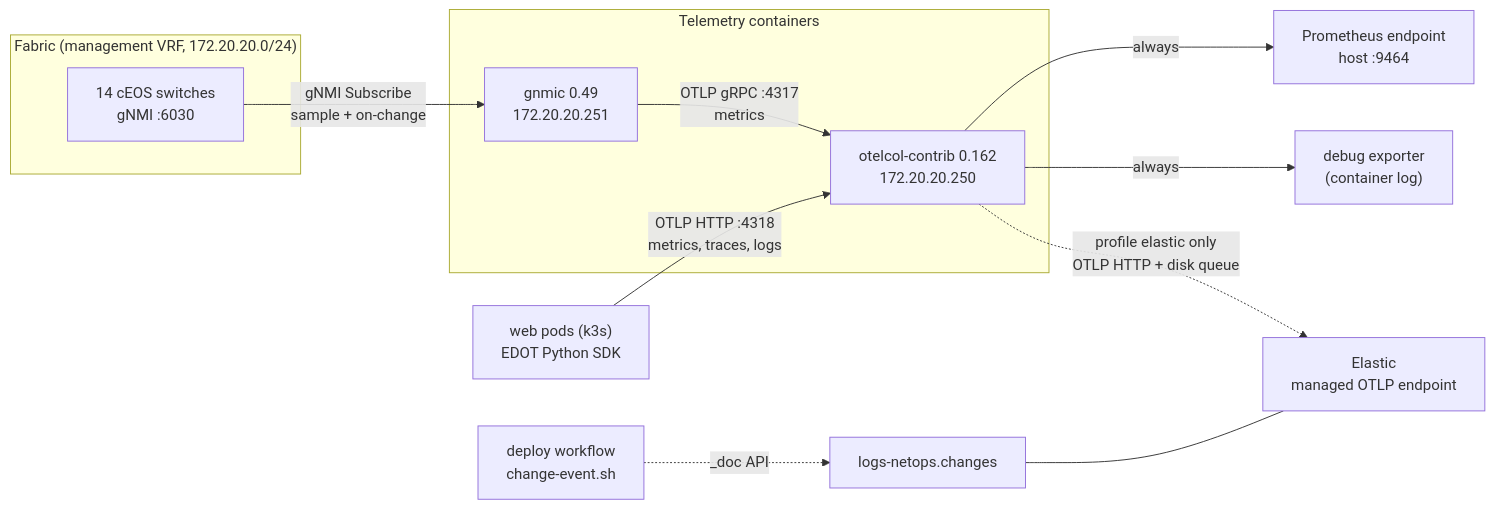
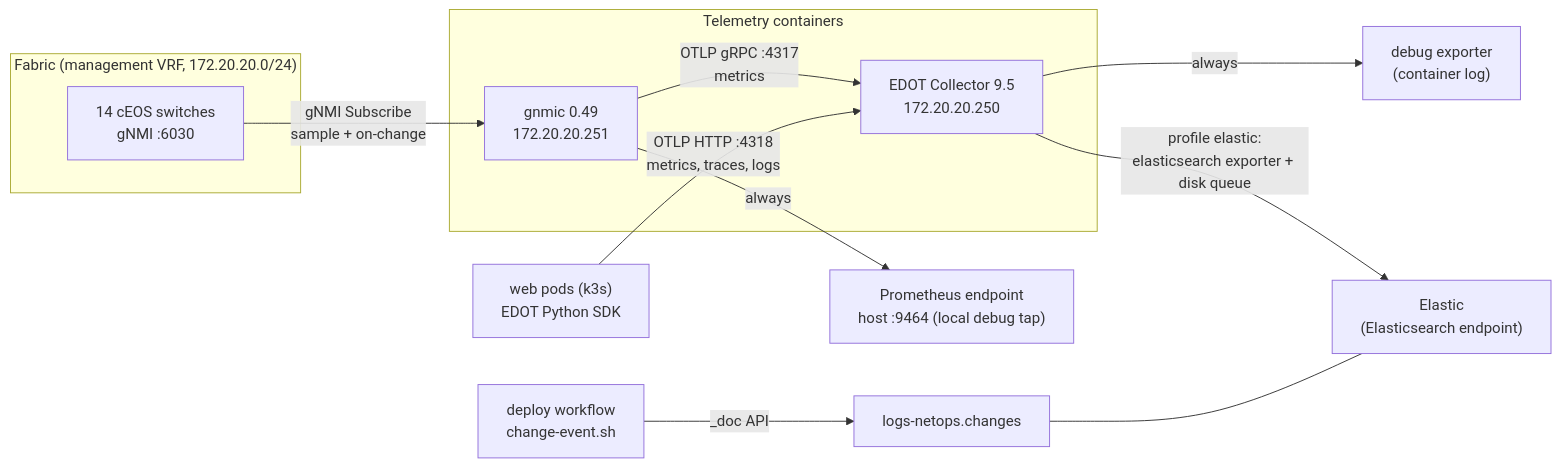
One commit to samurato/network-lab changed the first of 3 diagrams in docs/telemetry.md. Above: the diagram before and after it, drawn with Mermaid. The commit also changed other lines of this file and 31 other files, not shown here.

````diff
--- a/docs/telemetry.md
+++ b/docs/telemetry.md
@@ -29,19 +29,19 @@
 ```mermaid
 flowchart LR
   subgraph FAB["Fabric (management VRF, 172.20.20.0/24)"]
     SW["14 cEOS switches<br/>gNMI :6030"]
   end
   subgraph TEL["Telemetry containers"]
     GN["gnmic 0.49<br/>172.20.20.251"]
-    OC["otelcol-contrib 0.162<br/>172.20.20.250"]
+    OC["EDOT Collector 9.5<br/>172.20.20.250"]
   end
   APP["web pods (k3s)<br/>EDOT Python SDK"]
   SW -- "gNMI Subscribe<br/>sample + on-change" --> GN
   GN -- "OTLP gRPC :4317<br/>metrics" --> OC
   APP -- "OTLP HTTP :4318<br/>metrics, traces, logs" --> OC
-  OC -- "always" --> PROM["Prometheus endpoint<br/>host :9464"]
+  GN -- "always" --> PROM["Prometheus endpoint<br/>host :9464 (local debug tap)"]
   OC -- "always" --> DBG["debug exporter<br/>(container log)"]
-  OC -. "profile elastic only<br/>OTLP HTTP + disk queue" .-> ES["Elastic<br/>managed OTLP endpoint"]
-  CI["deploy workflow<br/>change-event.sh"] -. "_doc API" .-> CH["logs-netops.changes"]
+  OC -- "profile elastic:<br/>elasticsearch exporter + disk queue" --> ES["Elastic<br/>(Elasticsearch endpoint)"]
+  CI["deploy workflow<br/>change-event.sh"] -- "_doc API" --> CH["logs-netops.changes"]
   CH --- ES
 ```
````
